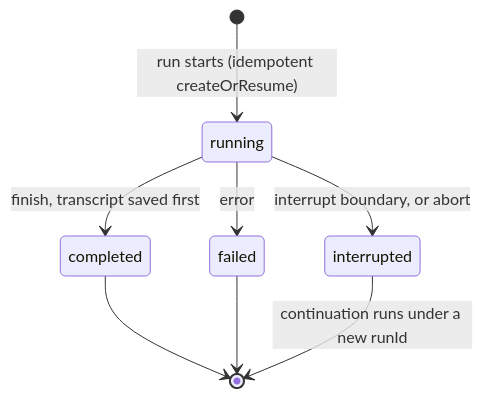
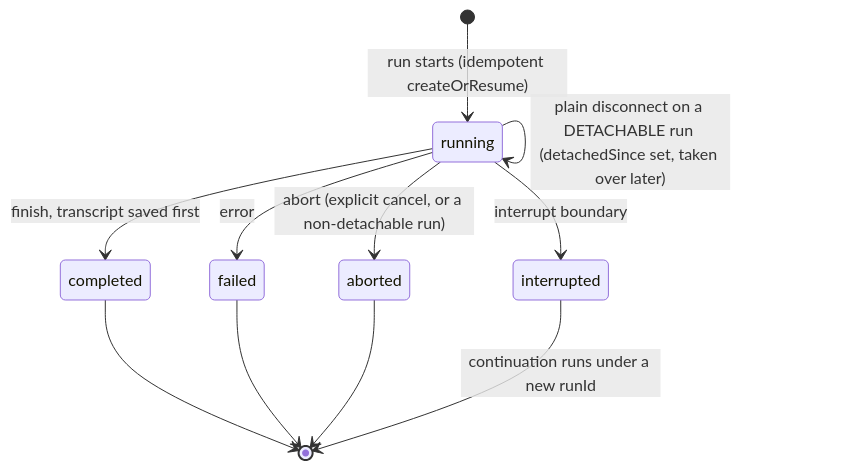
The first of 2 diagrams in docs/persistence/chat-persistence.md (8times4/ai), drawn with Mermaid before and after one commit. The commit also changed other lines of this file and 279 other files, not shown here.

````diff
--- a/docs/persistence/chat-persistence.md
+++ b/docs/persistence/chat-persistence.md
@@ -139,10 +136,13 @@
 ```mermaid
 stateDiagram-v2
     [*] --> running : run starts (idempotent createOrResume)
     running --> completed : finish, transcript saved first
     running --> failed : error
-    running --> interrupted : interrupt boundary, or abort
+    running --> aborted : abort (explicit cancel, or a non-detachable run)
+    running --> interrupted : interrupt boundary
+    running --> running : plain disconnect on a DETACHABLE run (detachedSince set, taken over later)
     completed --> [*]
     failed --> [*]
+    aborted --> [*]
     interrupted --> [*] : continuation runs under a new runId
 ```
````
